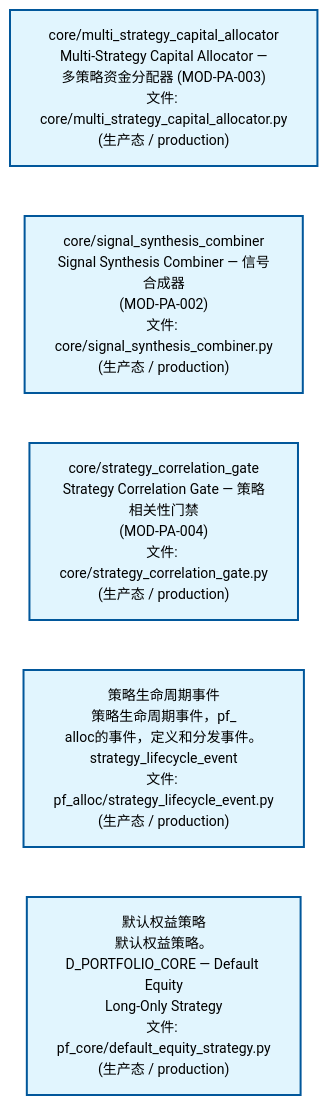
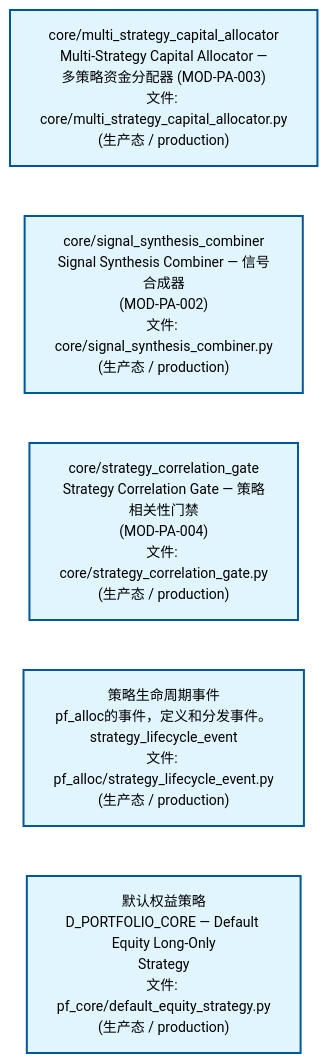
The second of 4 diagrams in docs/02_enterprise_architecture/02_domain_architecture_docs/62_d_pf_alloc.md (xuanFelixVan/ZephyrAlpha), drawn with Mermaid before and after one commit. The commit also changed other lines of this file and 61 other files, not shown here.

````diff
--- a/docs/02_enterprise_architecture/02_domain_architecture_docs/62_d_pf_alloc.md
+++ b/docs/02_enterprise_architecture/02_domain_architecture_docs/62_d_pf_alloc.md
@@ -99,18 +99,18 @@
 ```mermaid
 %%{init: {'theme': 'base', 'themeVariables': {'primaryColor': '#eaeaea', 'primaryTextColor': '#333333', 'primaryBorderColor': '#666666', 'lineColor': '#666666', 'secondaryColor': '#eaeaea', 'tertiaryColor': '#eaeaea', 'fontSize': '14px'}}}%%
 flowchart TD
     src_zephyr_pf_alloc_core_multi_strategy_capital_allocator_py["core/multi_strategy_capital_allocator<br/>Multi-Strategy Capital Allocator —<br/>多策略资金分配器 (MOD-PA-003)<br/>文件: core/multi_strategy_capital_allocator.py<br/>(生产态 / production)"]
     src_zephyr_pf_alloc_core_signal_synthesis_combiner_py["core/signal_synthesis_combiner<br/>Signal Synthesis Combiner — 信号合成器<br/>(MOD-PA-002)<br/>文件: core/signal_synthesis_combiner.py<br/>(生产态 / production)"]
     src_zephyr_pf_alloc_core_strategy_correlation_gate_py["core/strategy_correlation_gate<br/>Strategy Correlation Gate — 策略相关性门禁<br/>(MOD-PA-004)<br/>文件: core/strategy_correlation_gate.py<br/>(生产态 / production)"]
-    src_zephyr_pf_alloc_strategy_lifecycle_event_py["策略生命周期事件<br/>策略生命周期事件，pf_<br/>alloc的事件，定义和分发事件。<br/>strategy_lifecycle_event<br/>文件: pf_alloc/strategy_lifecycle_event.py<br/>(生产态 / production)"]
-    src_zephyr_pf_core_default_equity_strategy_py["默认权益策略<br/>默认权益策略。D_PORTFOLIO_CORE — Default Equity<br/>Long-Only Strategy<br/>文件: pf_core/default_equity_strategy.py<br/>(生产态 / production)"]
+    src_zephyr_pf_alloc_strategy_lifecycle_event_py["策略生命周期事件<br/>pf_alloc的事件，定义和分发事件。<br/>strategy_lifecycle_event<br/>文件: pf_alloc/strategy_lifecycle_event.py<br/>(生产态 / production)"]
+    src_zephyr_pf_core_default_equity_strategy_py["默认权益策略<br/>D_PORTFOLIO_CORE — Default Equity Long-Only<br/>Strategy<br/>文件: pf_core/default_equity_strategy.py<br/>(生产态 / production)"]
     src_zephyr_pf_alloc_core_multi_strategy_capital_allocator_py ~~~ src_zephyr_pf_alloc_core_signal_synthesis_combiner_py
     src_zephyr_pf_alloc_core_signal_synthesis_combiner_py ~~~ src_zephyr_pf_alloc_core_strategy_correlation_gate_py
     src_zephyr_pf_alloc_core_strategy_correlation_gate_py ~~~ src_zephyr_pf_alloc_strategy_lifecycle_event_py
     src_zephyr_pf_alloc_strategy_lifecycle_event_py ~~~ src_zephyr_pf_core_default_equity_strategy_py
     classDef production fill:#e1f5fe,stroke:#01579b,stroke-width:2px,color:#000
     classDef design fill:#fff3e0,stroke:#e65100,stroke-width:2px,color:#000,stroke-dasharray: 5 5
     classDef external_prod fill:#e8f4fd,stroke:#0277bd,stroke-width:1px,color:#000
     classDef external_design fill:#fff8e7,stroke:#ef6c00,stroke-width:1px,color:#000,stroke-dasharray: 5 5
     class src_zephyr_pf_alloc_core_multi_strategy_capital_allocator_py,src_zephyr_pf_alloc_core_signal_synthesis_combiner_py,src_zephyr_pf_alloc_core_strategy_correlation_gate_py,src_zephyr_pf_alloc_strategy_lifecycle_event_py,src_zephyr_pf_core_default_equity_strategy_py production
 ```
````
